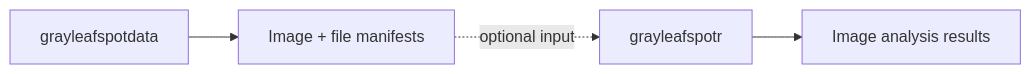
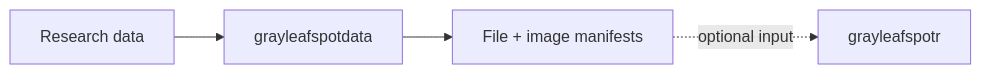
Before and after one commit to rotsl/rotsl.r-universe.dev: the second of 5 diagrams in README.md, drawn with Mermaid. The commit also changed other lines of this file, not shown here.

````diff
--- a/README.md
+++ b/README.md
@@ -162,6 +111,6 @@
-``` mermaid
+```mermaid
 flowchart LR
-    A["grayleafspotdata"] --> B["Image + file manifests"]
-    B -. "optional input" .-> C["grayleafspotr"]
-    C --> D["Image analysis results"]
+    A["Research data"] --> B["grayleafspotdata"]
+    B --> C["File + image manifests"]
+    C -. "optional input" .-> D["grayleafspotr"]
 ```
````
